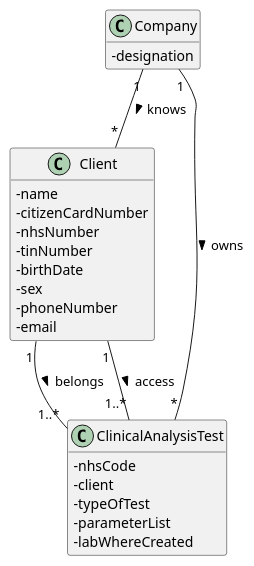
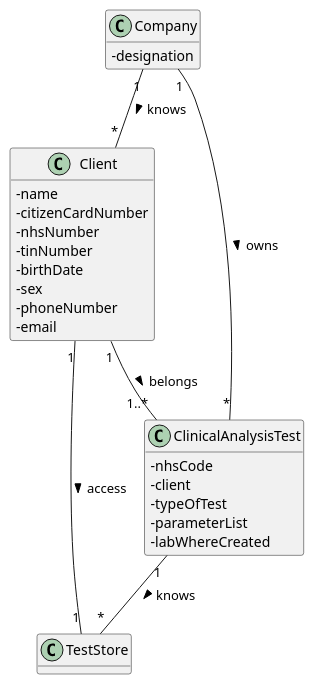
The diagram in docs/SprintD/US1/US1_MD.puml (GuilhermeCunha79/lapr2), drawn with PlantUML before and after one commit. The commit also changed 15 other files, not shown here.

Commit message:
US1 Diagrams US1 implementation and test

```diff
--- a/docs/SprintD/US1/US1_MD.puml
+++ b/docs/SprintD/US1/US1_MD.puml
@@ -1,37 +1,38 @@
 @startuml
 'https://plantuml.com/use-case-diagram
 hide methods
 skinparam classAttributeIconSize 0
 
 class Company{
 -designation
 }
 
 class Client {
 -name
 -citizenCardNumber
 -nhsNumber
 -tinNumber
 -birthDate
 -sex
 -phoneNumber
 -email
 }
 
 class ClinicalAnalysisTest {
 - nhsCode
 - client
 - typeOfTest
 - parameterList
 - labWhereCreated
 }
 
 
 
 Company"1" -- "*"Client :> knows
 
 Company "1" -- "*" ClinicalAnalysisTest :> owns
 Client "1" -- "1..*" ClinicalAnalysisTest :> belongs
-Client "1" -- "1..*" ClinicalAnalysisTest :> access
+Client "1" -- "1" TestStore :> access
+ClinicalAnalysisTest "1" -- "*" TestStore :> knows
 
 @enduml
```
